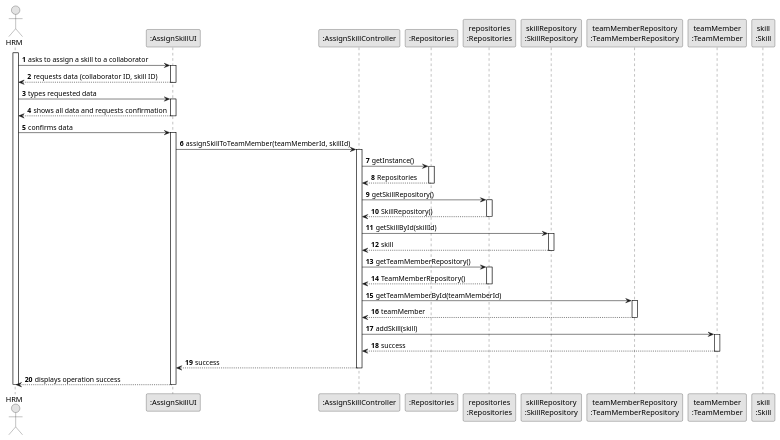
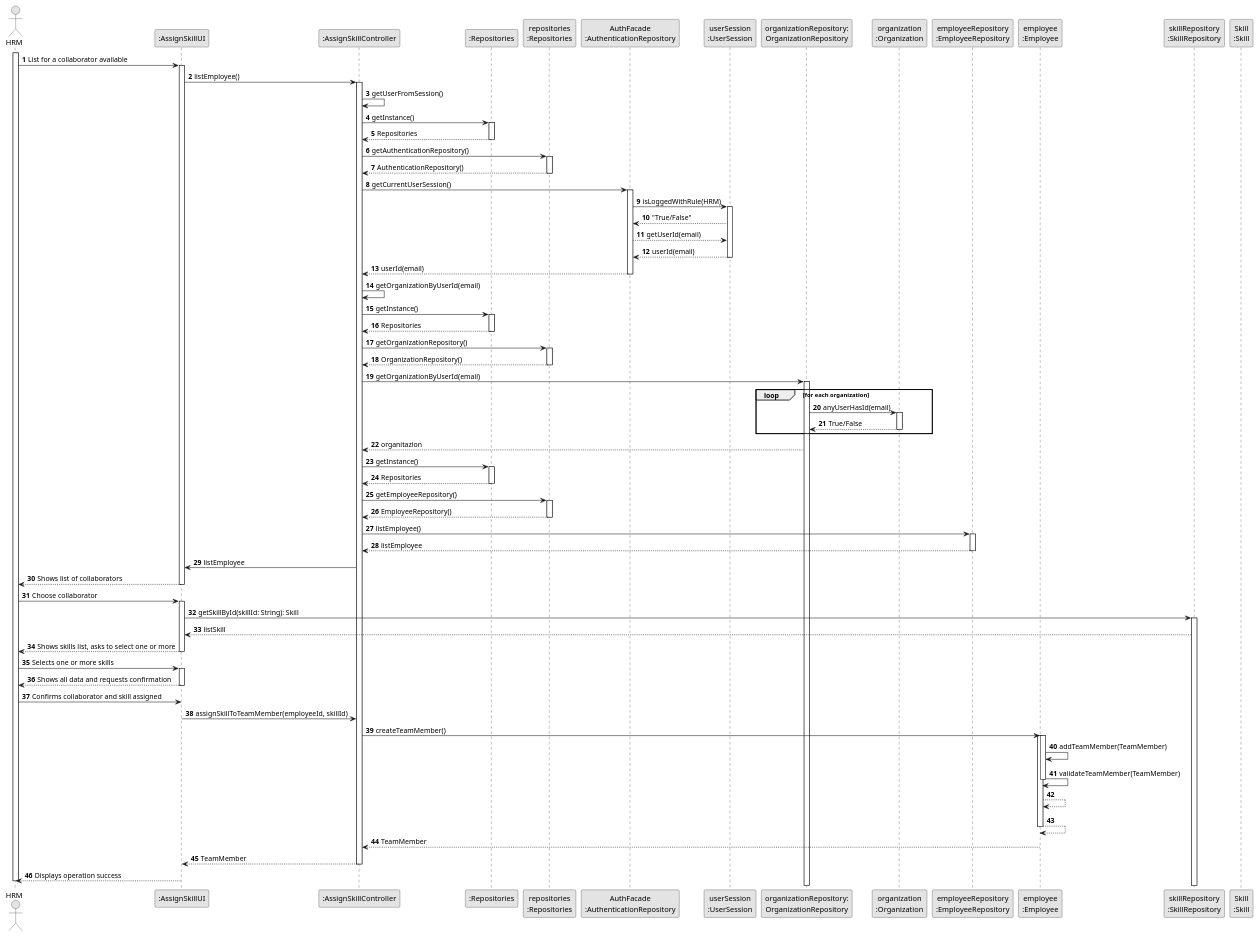
One commit to Mendoncaa/LAPR2 changed the diagram in docs/sprintC/us004/03.design/puml/us004-sequence-diagram-full.puml. Above: the diagram before and after it, drawn with PlantUML. The commit also changed 19 other files, not shown here.

Commit message:
Update class diagram and sequence diagram (US01 and US04), update domain model

```diff
--- a/docs/sprintC/us004/03.design/puml/us004-sequence-diagram-full.puml
+++ b/docs/sprintC/us004/03.design/puml/us004-sequence-diagram-full.puml
@@ -1,77 +1,160 @@
 @startuml
 skinparam monochrome true
 skinparam packageStyle rectangle
 skinparam shadowing false
 
 autonumber
 
 'hide footbox
+
 actor "HRM" as ADM
 participant ":AssignSkillUI" as UI
 participant ":AssignSkillController" as CTRL
 participant ":Repositories" as RepositorySingleton
 participant "repositories\n:Repositories" as PLAT
+participant "AuthFacade\n:AuthenticationRepository" as AUTHREP
+participant "userSession\n:UserSession" as USER
+participant "organizationRepository:\nOrganizationRepository" as OrganizationRepository
+participant "organization\n:Organization" as ORG
+participant "employeeRepository\n:EmployeeRepository" as EmployeeRepository
+participant "employee\n:Employee" as Employee
 participant "skillRepository\n:SkillRepository" as SkillRepository
-participant "teamMemberRepository\n:TeamMemberRepository" as TeamMemberRepository
-participant "teamMember\n:TeamMember" as TeamMember
-participant "skill\n:Skill" as Skill
+participant "Skill\n:Skill" as SKILL
 
 activate ADM
 
-    ADM -> UI : asks to assign a skill to a collaborator
+    ADM -> UI : List for a collaborator available
     activate UI
 
-    UI --> ADM : requests data (collaborator ID, skill ID)
+    UI -> CTRL : listEmployee()
+    activate CTRL
+
+    CTRL -> CTRL : getUserFromSession()
+
+        CTRL -> RepositorySingleton : getInstance()
+        activate RepositorySingleton
+        CTRL <-- RepositorySingleton : Repositories
+        deactivate RepositorySingleton
+
+        CTRL -> PLAT : getAuthenticationRepository()
+        activate PLAT
+        CTRL <-- PLAT : AuthenticationRepository()
+        deactivate PLAT
+
+        CTRL -> AUTHREP : getCurrentUserSession()
+        activate AUTHREP
+
+        AUTHREP -> USER : isLoggedWithRule(HRM)
+        activate USER
+
+        AUTHREP <-- USER : "True/False"
+        AUTHREP --> USER : getUserId(email)
+        AUTHREP <-- USER : userId(email)
+        deactivate USER
+
+        CTRL <-- AUTHREP : userId(email)
+        deactivate AUTHREP
+
+        CTRL -> CTRL : getOrganizationByUserId(email)
+
+        CTRL -> RepositorySingleton : getInstance()
+        activate RepositorySingleton
+        CTRL <-- RepositorySingleton : Repositories
+        deactivate RepositorySingleton
+
+        CTRL -> PLAT : getOrganizationRepository()
+        activate PLAT
+        CTRL <-- PLAT : OrganizationRepository()
+        deactivate PLAT
+
+        CTRL -> OrganizationRepository :getOrganizationByUserId(email)
+        activate OrganizationRepository
+        loop for each organization
+        OrganizationRepository -> ORG : anyUserHasId(email)
+        activate ORG
+        OrganizationRepository <-- ORG : True/False
+        deactivate ORG
+        end loop
+
+        CTRL <-- OrganizationRepository : organitazion
+
+
+        CTRL -> RepositorySingleton : getInstance()
+        activate RepositorySingleton
+        CTRL <-- RepositorySingleton : Repositories
+        deactivate RepositorySingleton
+
+        CTRL -> PLAT : getEmployeeRepository()
+        activate PLAT
+        CTRL <-- PLAT : EmployeeRepository()
+        deactivate PLAT
+
+        CTRL -> EmployeeRepository : listEmployee()
+        activate EmployeeRepository
+        CTRL <-- EmployeeRepository : listEmployee
+        deactivate EmployeeRepository
+
+        UI <- CTRL: listEmployee
+
+
+    UI --> ADM : Shows list of collaborators
     deactivate UI
 
-    ADM -> UI : types requested data
+    ADM -> UI : Choose collaborator
     activate UI
 
-    UI --> ADM : shows all data and requests confirmation
+        UI -> SkillRepository : getSkillById(skillId: String): Skill
+        activate SkillRepository
+        UI <-- SkillRepository : listSkill
+        deactivate EmployeeRepository
+
+    UI --> ADM : Shows skills list, asks to select one or more
     deactivate UI
 
-    ADM -> UI : confirms data
+    ADM -> UI : Selects one or more skills
     activate UI
 
-    UI -> CTRL : assignSkillToTeamMember(teamMemberId, skillId)
-    activate CTRL
+    UI --> ADM : Shows all data and requests confirmation
+    deactivate UI
 
-    CTRL -> RepositorySingleton : getInstance()
-    activate RepositorySingleton
-    CTRL <-- RepositorySingleton : Repositories
-    deactivate RepositorySingleton
+    ADM -> UI : Confirms collaborator and skill assigned
+    deactivate UI
 
-    CTRL -> PLAT : getSkillRepository()
-    activate PLAT
-    CTRL <-- PLAT : SkillRepository()
-    deactivate PLAT
+    UI -> CTRL : assignSkillToTeamMember(employeeId, skillId)
 
-    CTRL -> SkillRepository : getSkillById(skillId)
-    activate SkillRepository
-    CTRL <-- SkillRepository : skill
-    deactivate SkillRepository
+    CTRL -> Employee: createTeamMember()
+        activate Employee
 
-    CTRL -> PLAT : getTeamMemberRepository()
-    activate PLAT
-    CTRL <-- PLAT : TeamMemberRepository()
-    deactivate PLAT
+        activate Employee
+        Employee -> Employee: addTeamMember(TeamMember)
+        Employee -> Employee: validateTeamMember(TeamMember)
 
-    CTRL -> TeamMemberRepository : getTeamMemberById(teamMemberId)
-    activate TeamMemberRepository
-    CTRL <-- TeamMemberRepository : teamMember
-    deactivate TeamMemberRepository
+        deactivate Employee
 
-    CTRL -> TeamMember : addSkill(skill)
-    activate TeamMember
-    CTRL <-- TeamMember : success
-    deactivate TeamMember
+        Employee --> Employee
+        Employee --> Employee
+        deactivate Employee
 
-    CTRL --> UI : success
-    deactivate CTRL
+        Employee --> CTRL : TeamMember
 
-    UI --> ADM : displays operation success
-deactivate UI
+        deactivate Employee
+
+        CTRL --> UI: TeamMember
+        deactivate CTRL
+        UI --> ADM: Displays operation success
+        deactivate UI
+
+
+
 
 deactivate ADM
 
+
+
+
+
+
+
+
+
 @enduml
```
